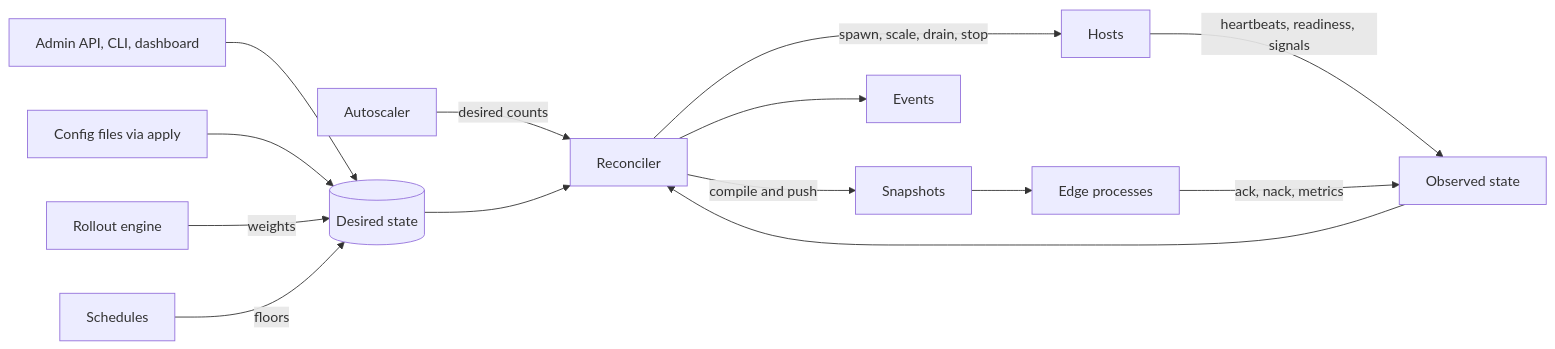
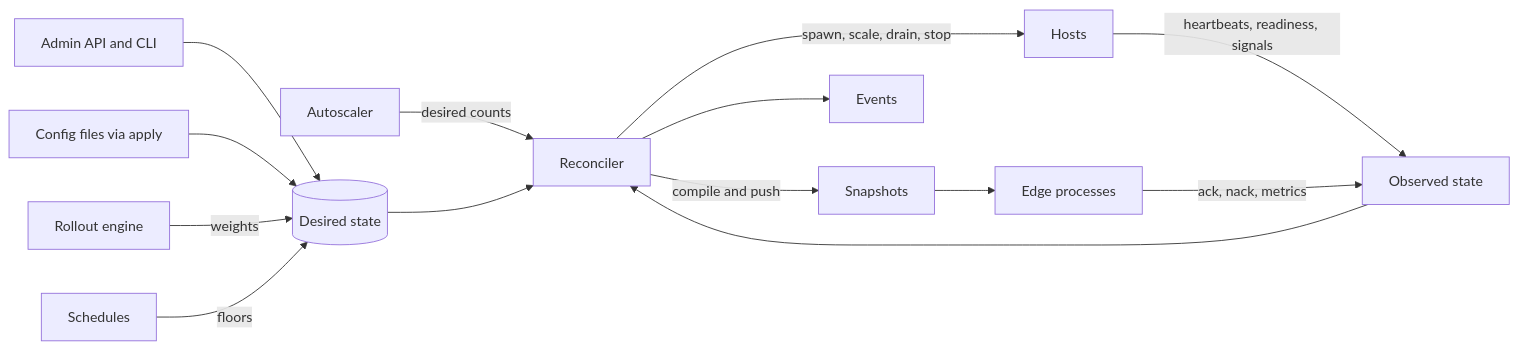
Before and after one commit to muruhq/muru: the first of 2 diagrams in docs/project/design/10-control-plane.md, drawn with Mermaid. The commit also changed other lines of this file and 25 other files, not shown here.

````diff
--- a/docs/project/design/10-control-plane.md
+++ b/docs/project/design/10-control-plane.md
@@ -16,16 +16,16 @@
 ```mermaid
 flowchart LR
-  API[Admin API, CLI, dashboard] --> DS[(Desired state)]
+  API[Admin API and CLI] --> DS[(Desired state)]
   FILES[Config files via apply] --> DS
   RO[Rollout engine] -->|weights| DS
   SCH[Schedules] -->|floors| DS
   AS[Autoscaler] -->|desired counts| REC
   DS --> REC[Reconciler]
   OBS[Observed state] --> REC
   REC -->|spawn, scale, drain, stop| HOSTS[Hosts]
   REC -->|compile and push| SNAP[Snapshots]
   SNAP --> EDGE[Edge processes]
   HOSTS -->|heartbeats, readiness, signals| OBS
   EDGE -->|ack, nack, metrics| OBS
   REC --> EVT[Events]
 ```
````
